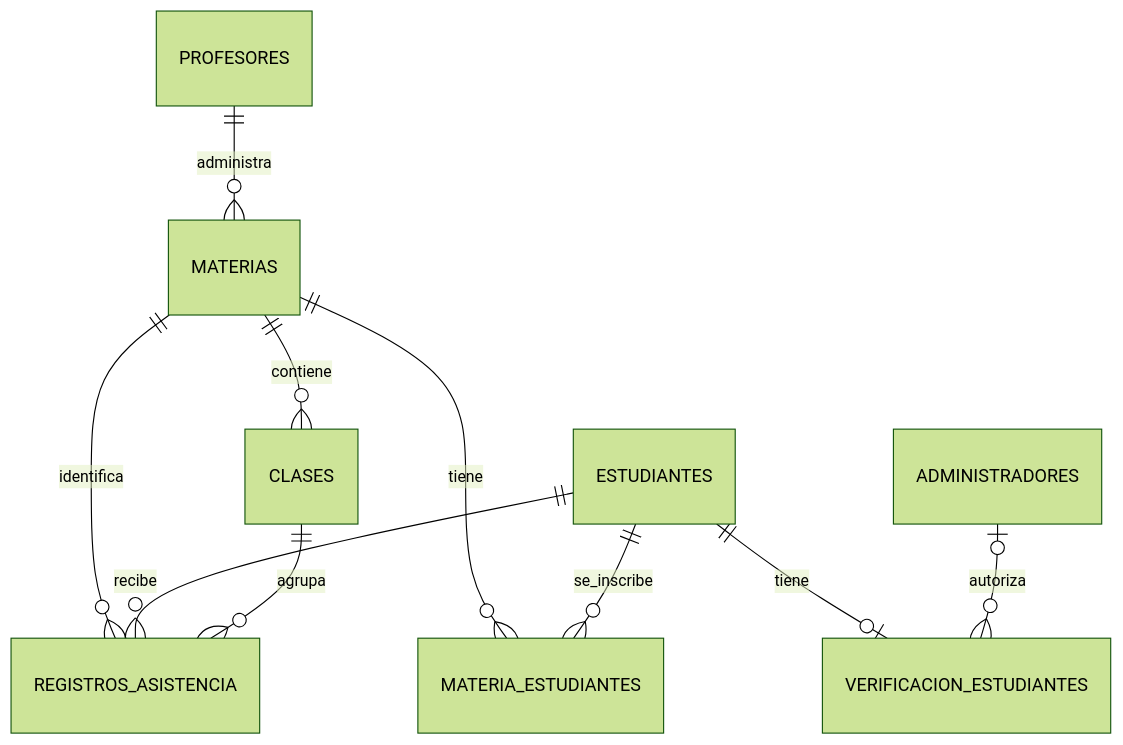
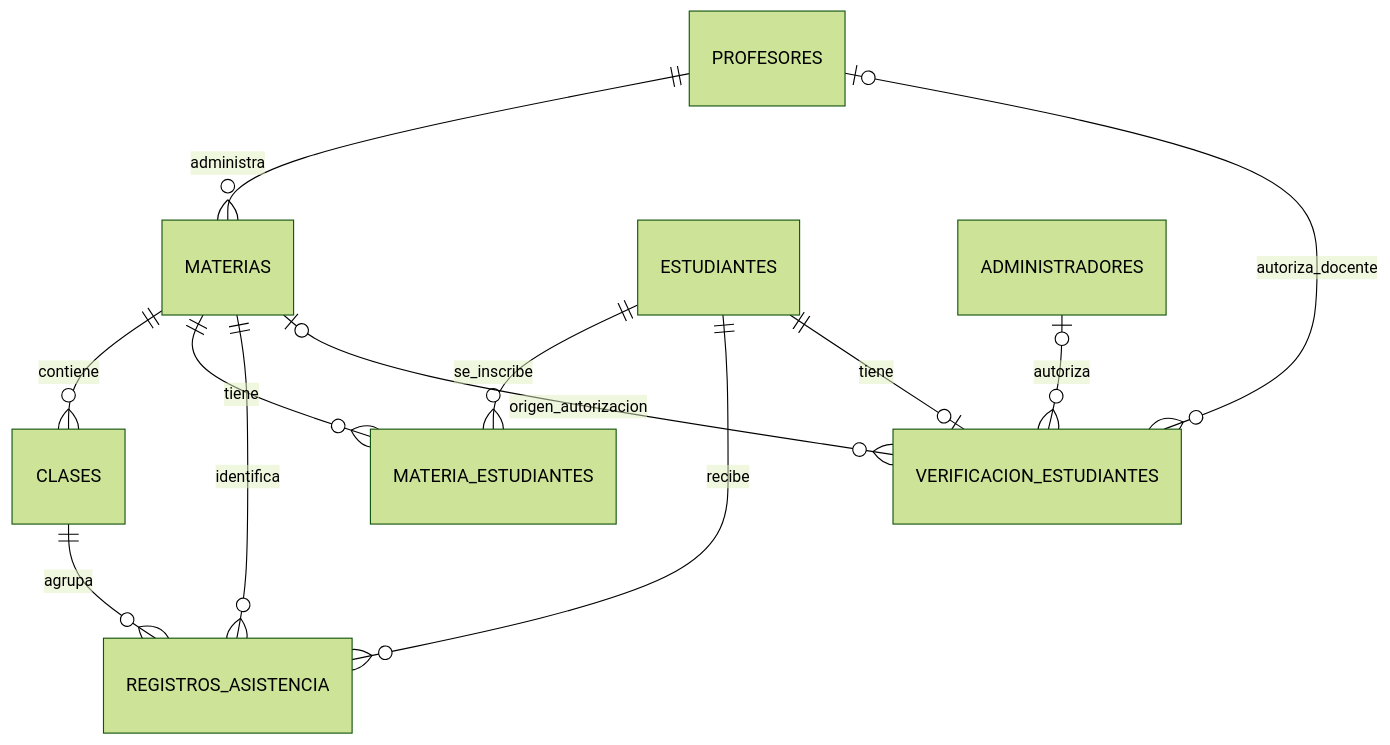
Before and after one commit to rcamilorodriguez1/ControlAsistenciaUPC: the diagram in docs/BASE_DE_DATOS.md, drawn with Mermaid (forest theme). The commit also changed other lines of this file and 5 other files, not shown here.

````diff
--- a/docs/BASE_DE_DATOS.md
+++ b/docs/BASE_DE_DATOS.md
@@ -145,12 +121,14 @@
 ```mermaid
 erDiagram
     PROFESORES ||--o{ MATERIAS : administra
     MATERIAS ||--o{ CLASES : contiene
     MATERIAS ||--o{ MATERIA_ESTUDIANTES : tiene
     ESTUDIANTES ||--o{ MATERIA_ESTUDIANTES : se_inscribe
     MATERIAS ||--o{ REGISTROS_ASISTENCIA : identifica
     ESTUDIANTES ||--o{ REGISTROS_ASISTENCIA : recibe
     CLASES ||--o{ REGISTROS_ASISTENCIA : agrupa
     ESTUDIANTES ||--o| VERIFICACION_ESTUDIANTES : tiene
     ADMINISTRADORES |o--o{ VERIFICACION_ESTUDIANTES : autoriza
+    PROFESORES |o--o{ VERIFICACION_ESTUDIANTES : autoriza_docente
+    MATERIAS |o--o{ VERIFICACION_ESTUDIANTES : origen_autorizacion
 ```
````
